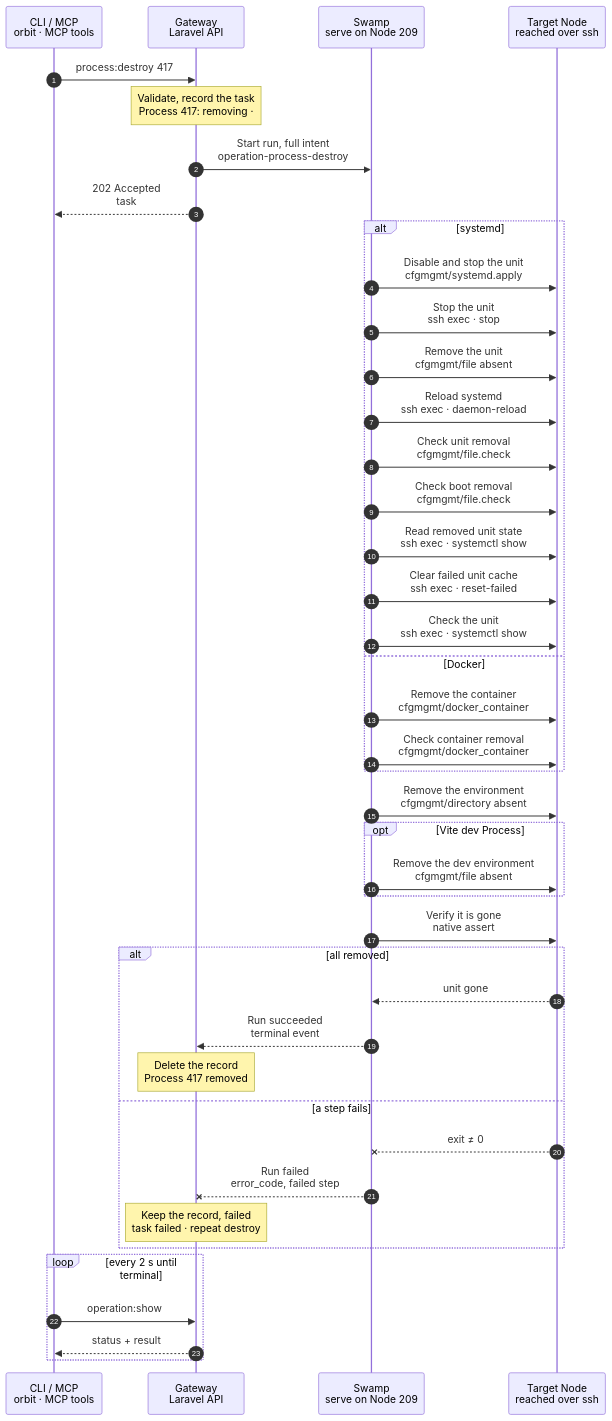
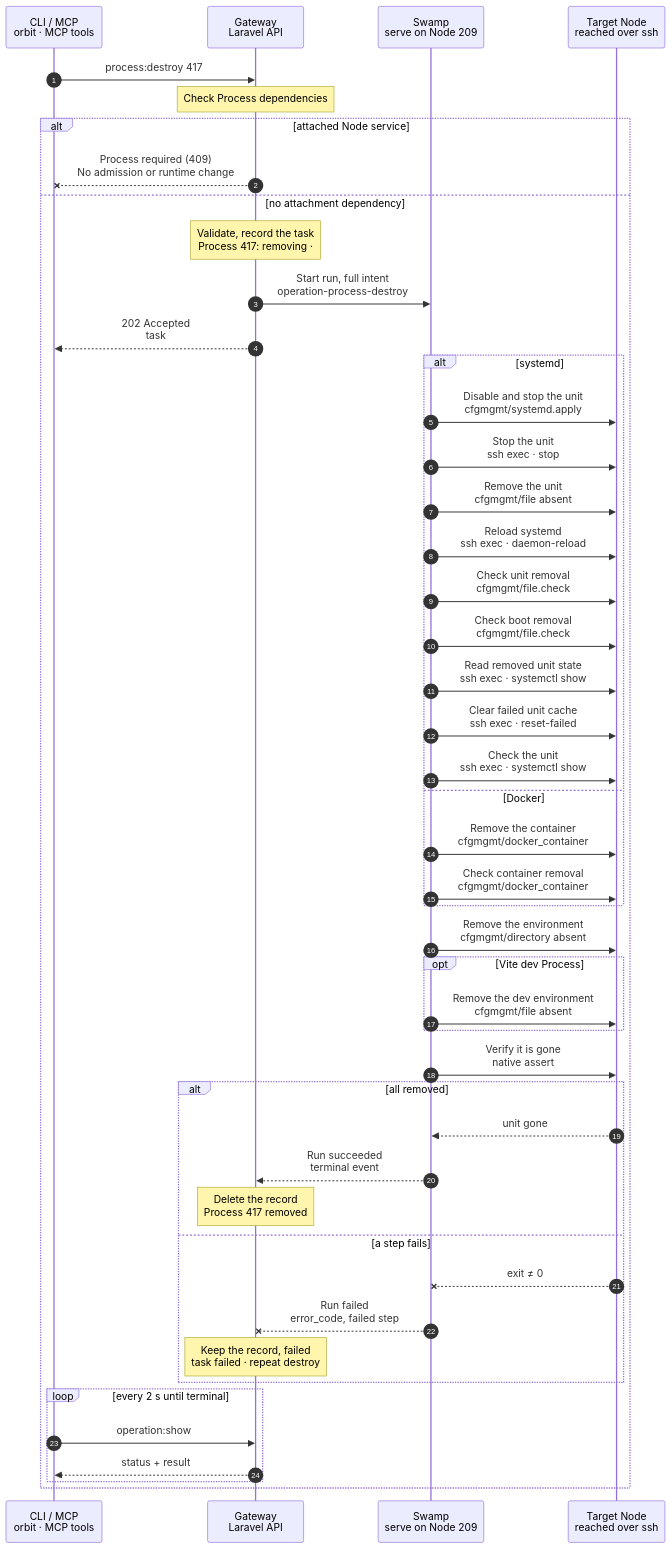
The diagram in docs/cli/process/destroy.mmd (hardimpactdev/orbit), drawn with Mermaid before and after one commit. The commit also changed 12 other files, not shown here.

Commit message:
fix(cli): repair node service validation prompts and flows

```diff
--- a/docs/cli/process/destroy.mmd
+++ b/docs/cli/process/destroy.mmd
@@ -1,106 +1,113 @@
 sequenceDiagram
   %% Target design: ADR 0244 task, DECISIONS 4 + R1-R4 (process.stop shape: 209, @swamp/ssh, full intent as inputs).
   %% Tightened: flow-tighten 2026-11-02, rules 1-22 (cfgmgmt absent applies, mirror of process:create, no shipped scripts, no report step).
   %% Rule 23: 2026-11-03 required-only main path.
   %% status: migrated
   %% command: process:destroy
   %% kind: process.destroy
   autonumber
   %% lane CLI icon=terminal pill=caller tone=gray
   %% lane GW icon=gateway pill=intent tone=blue
   %% lane SW icon=workflow pill=executes tone=green
   %% lane N icon=server pill=target tone=amber
   participant CLI as CLI / MCP<br/>orbit · MCP tools
   participant GW as Gateway<br/>Laravel API
   participant SW as Swamp<br/>serve on Node 209
   participant N as Target Node<br/>reached over ssh
   CLI->>GW: process:destroy 417
   %%> Command:
   %%> - `orbit process:destroy 417`
   %%> - syntax: `process:destroy <process> [--project=ID] [--yes] [--idempotency-key=KEY] [--json]`
   %%> Input:
   %%> - the numeric Process ID; the CLI asks for confirmation first
   %%> Optional:
   %%> - `--yes` skips the confirmation; `--idempotency-key` reuses a task start; `--json` returns JSON; none adds a step
   %%> Not handled here:
   %%> - `--project` removes a Project definition only; it starts no run (R1)
   %%> Who can call it:
   %%> - the `orbit` CLI and the MCP tool send the same request
+  Note over GW: Check Process dependencies
+  alt attached Node service
+    GW--xCLI: Process required (409)<br/>No admission or runtime change
+    %%> On failure:
+    %%> - process.required_by_instance_node_service names every dependent Instance before recording an Operation; the Process, runtime and attachments remain.
+  else no attachment dependency
   Note over GW: Validate, record the task<br/>Process 417: removing · #5130
   %%> Requirements:
   %%> - your Node has an access grant to the Process's Node
   %%> - no Route points to the Process, else `process.has_routes`
   %%> - the Process is not required by a Database server
   %%> Result:
   %%> - Process 417 marked removing; the record stays until the run succeeds
   %%> - task #5130 recorded with the full intent
   GW->>SW: Start run, full intent<br/>operation-process-destroy
   %%> What it does:
   %%> - starts one Swamp run on serve (Node 209); every step runs there
   %%> Inputs:
   %%> - `kind`: process.destroy
   %%> - the unit or container name and runtime, and for Vite the Instance environment path
   %%> - the Node's address and SSH host keys; the SSH identity comes from the `swamp` role
   %%> Checked by the input schema:
   %%> - no step reads or re-checks the intent
   GW-->>CLI: 202 Accepted<br/>task #5130
   %%> What you get:
   %%> - the task number, at once
   %%> Next:
   %%> - the CLI follows the task with `operation:show`
   alt systemd
     SW->>N: Disable and stop the unit<br/>cfgmgmt/systemd.apply
     SW->>N: Stop the unit<br/>ssh exec · stop
     SW->>N: Remove the unit<br/>cfgmgmt/file absent
     SW->>N: Reload systemd<br/>ssh exec · daemon-reload
     SW->>N: Check unit removal<br/>cfgmgmt/file.check
     SW->>N: Check boot removal<br/>cfgmgmt/file.check
     SW->>N: Read removed unit state<br/>ssh exec · systemctl show
     SW->>N: Clear failed unit cache<br/>ssh exec · reset-failed
     %%> Only the admitted unit is reset, after its file and boot link are absent, LoadState is not-found, and no PID, cgroup or pending job remains.
     %%> A failed state alone never permits cleanup. Other remaining runtime or boot state fails the end check.
     SW->>N: Check the unit<br/>ssh exec · systemctl show
     %%> Reads the state again after cache cleanup; a running or loaded unit, boot policy, PID, cgroup or pending job refuses completion.
   else Docker
     SW->>N: Remove the container<br/>cfgmgmt/docker_container
     SW->>N: Check container removal<br/>cfgmgmt/docker_container
   end
   SW->>N: Remove the environment<br/>cfgmgmt/directory absent
   opt Vite dev Process
     SW->>N: Remove the dev environment<br/>cfgmgmt/file absent
   end
   SW->>N: Verify it is gone<br/>native assert
   %%> Asserts absent unit/container and runtime and boot state; data volumes and the source environment file remain.
   alt all removed
     N-->>SW: unit gone
     %%> Returns:
     %%> - nothing of Process 417 is left on the Node
     SW-->>GW: Run succeeded<br/>terminal event
     %%> How the Gateway learns it:
     %%> - its shared run reader sees the terminal event and reads the end check's output; Swamp never calls the Gateway
     Note over GW: Delete the record<br/>Process 417 removed
     %%> Result:
     %%> - the Process record is deleted
     %%> - task #5130 succeeds
   else a step fails
     N--xSW: exit ≠ 0
     %%> When:
     %%> - SSH fails, or something of Process 417 is still there after the removal
     %%> How:
     %%> - the failing step ends the run with its own exit code; there is no report step
     SW--xGW: Run failed<br/>error_code, failed step
     %%> The Gateway reads:
     %%> - which step failed and its exit code, mapped to `error_code`
     Note over GW: Keep the record, failed<br/>task failed · repeat destroy
     %%> Result:
     %%> - Process 417 keeps its record, marked with the error code
     %%> - repeat `process:destroy` to converge
   end
   loop every 2 s until terminal
     CLI->>GW: operation:show #5130
     %%> What it does:
     %%> - asks for the task status every 2 seconds until it has ended
     GW-->>CLI: status + result
     %%> Returns:
     %%> - the current status, and the result once the task has ended
   end
+  end
```
